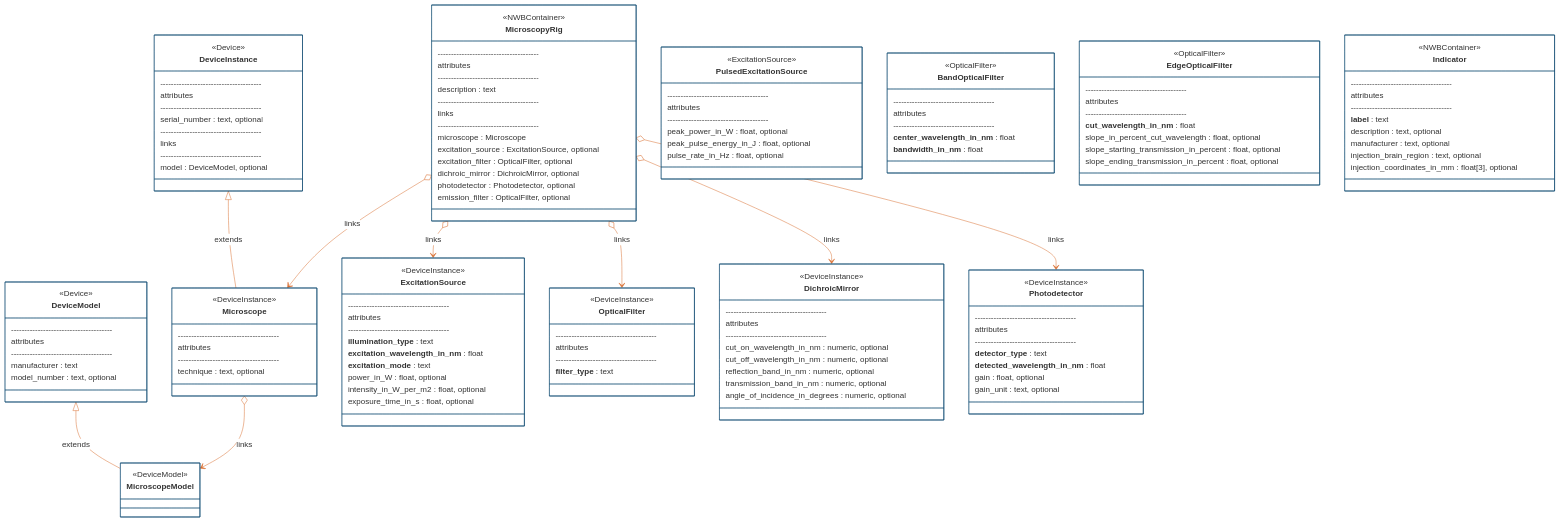
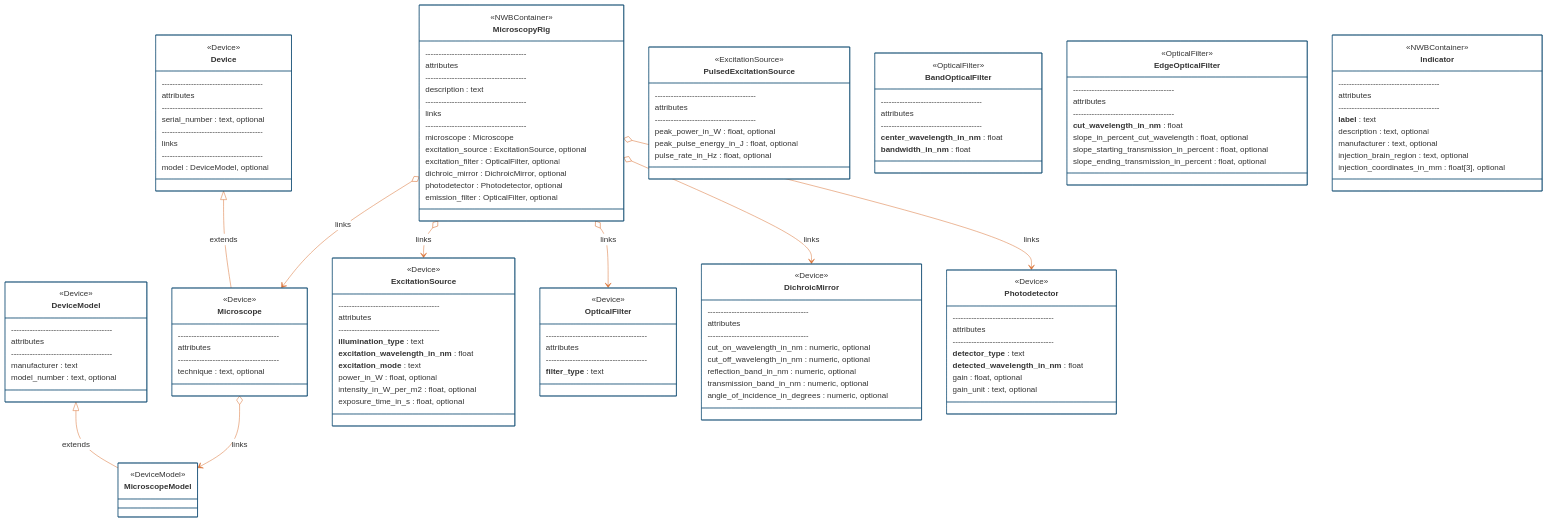
One commit to catalystneuro/ndx-microscopy changed the first of 4 diagrams in README.md. Above: the diagram before and after it, drawn with Mermaid. The commit also changed 5 other files, not shown here.

Commit message:
update to pynwb new Device class (old DeviceInstance)

```diff
--- a/README.md
+++ b/README.md
@@ -56,7 +56,7 @@
         model_number : text, optional
     }
     
-    class DeviceInstance{
+    class Device{
         <<Device>>
         --------------------------------------
         attributes
@@ -73,7 +73,7 @@
     }
 
     class Microscope {
-        <<DeviceInstance>>
+        <<Device>>
         --------------------------------------
         attributes
         --------------------------------------
@@ -98,7 +98,7 @@
     }
 
     class ExcitationSource {
-        <<DeviceInstance>>
+        <<Device>>
         --------------------------------------
         attributes
         --------------------------------------
@@ -121,7 +121,7 @@
     }
 
     class OpticalFilter {
-        <<DeviceInstance>>
+        <<Device>>
         --------------------------------------
         attributes
         --------------------------------------
@@ -149,7 +149,7 @@
     }
 
     class DichroicMirror {
-        <<DeviceInstance>>
+        <<Device>>
         --------------------------------------
         attributes
         --------------------------------------
@@ -161,7 +161,7 @@
     }
     
     class Photodetector {
-        <<DeviceInstance>>
+        <<Device>>
         --------------------------------------
         attributes
         --------------------------------------
@@ -184,7 +184,7 @@
     }
 
     DeviceModel <|-- MicroscopeModel : extends
-    DeviceInstance <|-- Microscope : extends
+    Device <|-- Microscope : extends
 
     Microscope o--> MicroscopeModel : links
     MicroscopyRig o--> Microscope : links
```
